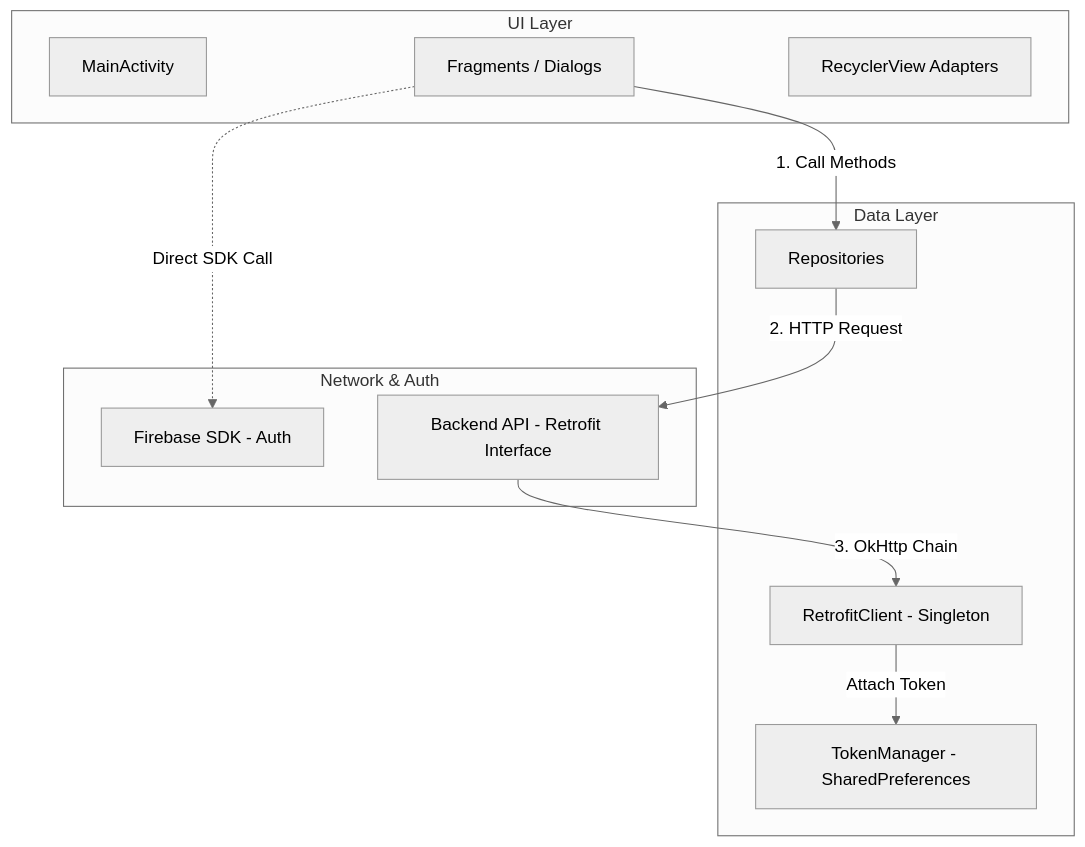
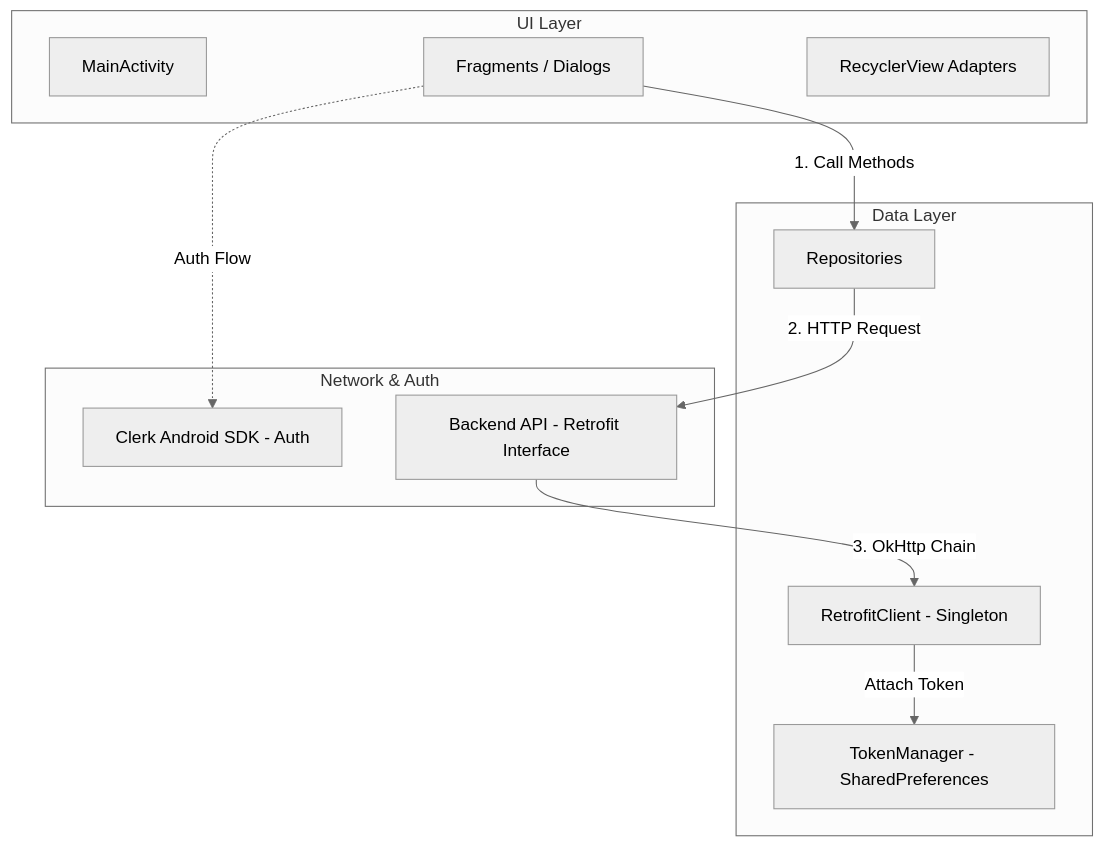
One commit to finnduc/Backend_mobile_cover_parroto changed the diagram in mobile/README.md. Above: the diagram before and after it, drawn with Mermaid (neutral theme). The commit also changed other lines of this file and 59 other files, not shown here.

````diff
--- a/mobile/README.md
+++ b/mobile/README.md
@@ -11,26 +11,26 @@
 ```mermaid
 graph TD
     subgraph UI Layer
         MainActivity[MainActivity]
         Fragments[Fragments / Dialogs]
         Adapters[RecyclerView Adapters]
     end
 
     subgraph Data Layer
         Repo[Repositories]
         RetrofitClient[RetrofitClient - Singleton]
         TokenManager[TokenManager - SharedPreferences]
     end
 
     subgraph Network & Auth
-        Firebase[Firebase SDK - Auth]
+        Clerk[Clerk Android SDK - Auth]
         API[Backend API - Retrofit Interface]
     end
 
     %% Flow
     Fragments -->|1. Call Methods| Repo
     Repo -->|2. HTTP Request| API
     API -->|3. OkHttp Chain| RetrofitClient
     RetrofitClient -->|Attach Token| TokenManager
-    Fragments -.->|Direct SDK Call| Firebase
+    Fragments -.->|Auth Flow| Clerk
 ```
````
